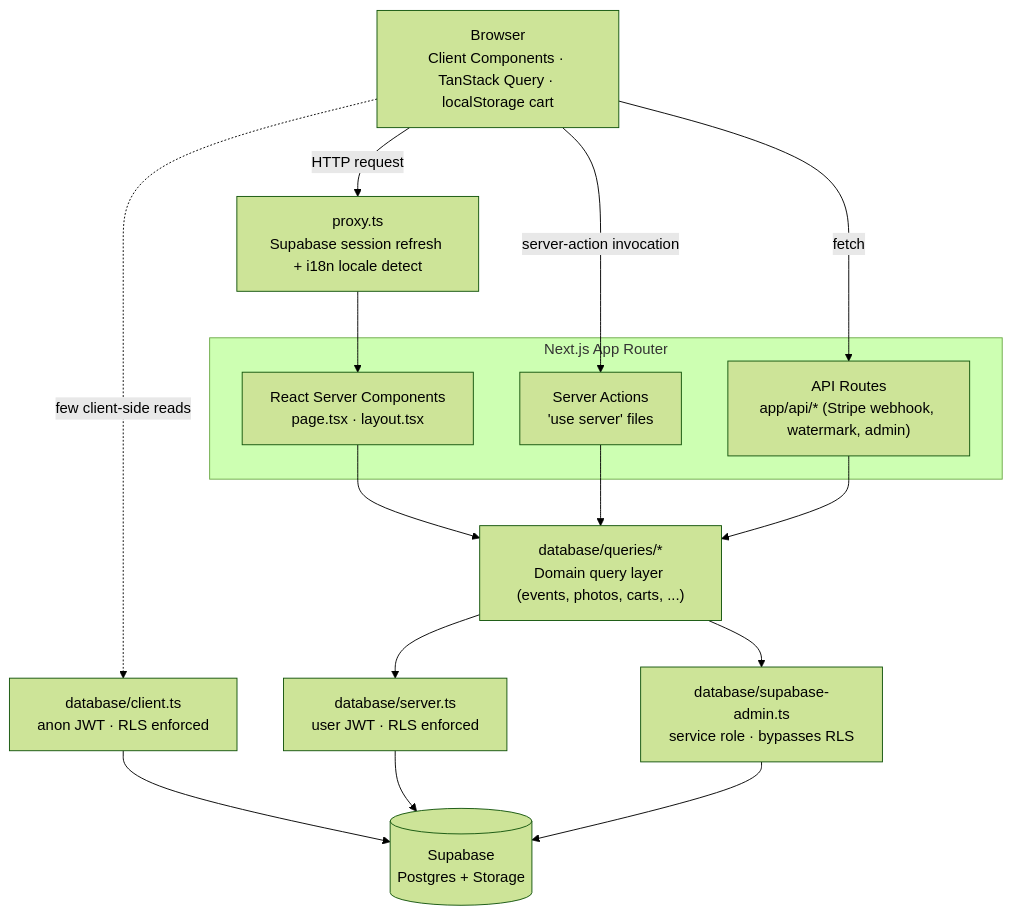
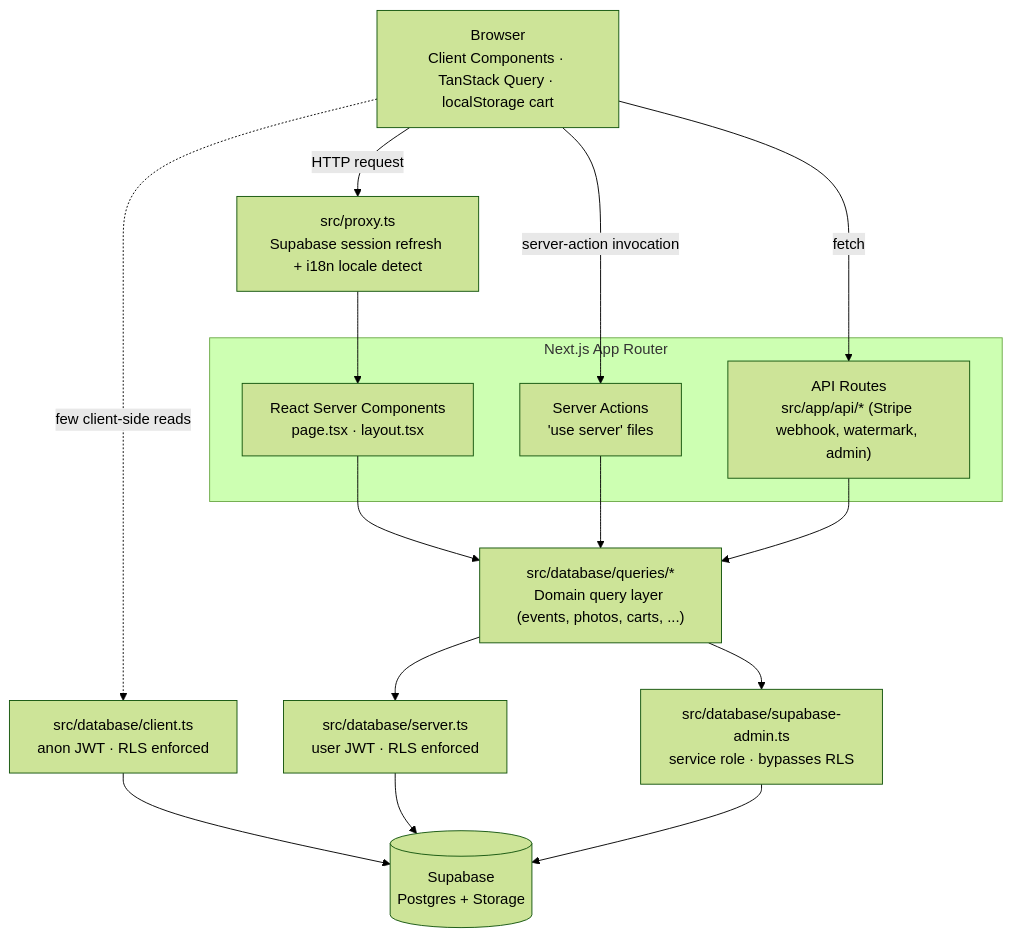
The second of 10 diagrams in ARCHITECTURE.md (mauvies/photo-markt), drawn with Mermaid (forest theme) before and after one commit. The commit also changed other lines of this file and 405 other files, not shown here.

````diff
--- a/ARCHITECTURE.md
+++ b/ARCHITECTURE.md
@@ -67,37 +67,37 @@
 ```mermaid
 flowchart TB
   Browser["Browser<br/>Client Components · TanStack Query · localStorage cart"]
 
-  Middleware["proxy.ts<br/>Supabase session refresh + i18n locale detect"]
+  Middleware["src/proxy.ts<br/>Supabase session refresh + i18n locale detect"]
 
   subgraph AppRouter["Next.js App Router"]
     RSC["React Server Components<br/>page.tsx · layout.tsx"]
     Actions["Server Actions<br/>'use server' files"]
-    ApiRoutes["API Routes<br/>app/api/* (Stripe webhook, watermark, admin)"]
+    ApiRoutes["API Routes<br/>src/app/api/* (Stripe webhook, watermark, admin)"]
   end
 
-  Queries["database/queries/*<br/>Domain query layer (events, photos, carts, ...)"]
+  Queries["src/database/queries/*<br/>Domain query layer (events, photos, carts, ...)"]
 
-  ClientSb["database/client.ts<br/>anon JWT · RLS enforced"]
-  ServerSb["database/server.ts<br/>user JWT · RLS enforced"]
-  AdminSb["database/supabase-admin.ts<br/>service role · bypasses RLS"]
+  ClientSb["src/database/client.ts<br/>anon JWT · RLS enforced"]
+  ServerSb["src/database/server.ts<br/>user JWT · RLS enforced"]
+  AdminSb["src/database/supabase-admin.ts<br/>service role · bypasses RLS"]
 
   Supabase[("Supabase<br/>Postgres + Storage")]
 
   Browser -->|HTTP request| Middleware
   Middleware --> RSC
   Browser -->|server-action invocation| Actions
   Browser -->|fetch| ApiRoutes
   Browser -.->|few client-side reads| ClientSb
 
   RSC --> Queries
   Actions --> Queries
   ApiRoutes --> Queries
 
   Queries --> ServerSb
   Queries --> AdminSb
 
   ClientSb --> Supabase
   ServerSb --> Supabase
   AdminSb --> Supabase
 ```
````
